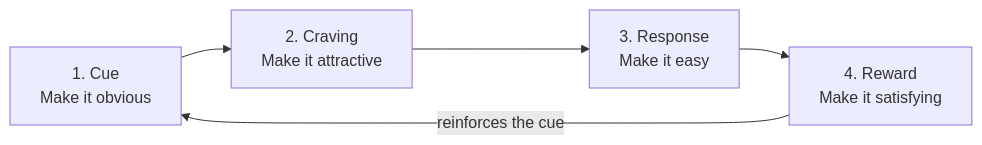
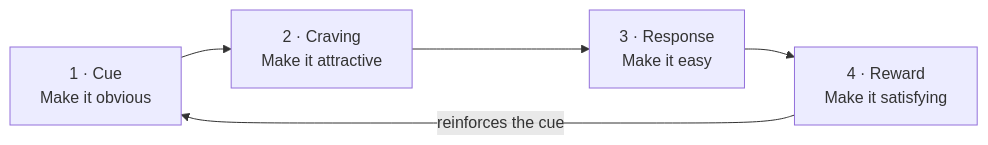
Before and after one commit to leotansingapore/aia-product-compass-hub: the diagram in docs/first-60-days/week-1/day-06.md, drawn with Mermaid. The commit also changed 7 other files, not shown here.

Commit message:
Mermaid diagrams on days 6, 37, 45, 51, 54, 58, 59, 60 now render — numeric list prefixes and dense calendar labels were triggering strict-mode rejections

````diff
--- a/docs/first-60-days/week-1/day-06.md
+++ b/docs/first-60-days/week-1/day-06.md
@@ -78,7 +78,7 @@
 ```mermaid
 flowchart LR
-    A["1. Cue<br/>Make it obvious"] --> B["2. Craving<br/>Make it attractive"]
-    B --> C["3. Response<br/>Make it easy"]
-    C --> D["4. Reward<br/>Make it satisfying"]
+    A["1 · Cue<br/>Make it obvious"] --> B["2 · Craving<br/>Make it attractive"]
+    B --> C["3 · Response<br/>Make it easy"]
+    C --> D["4 · Reward<br/>Make it satisfying"]
     D -->|reinforces the cue| A
 ```
````
